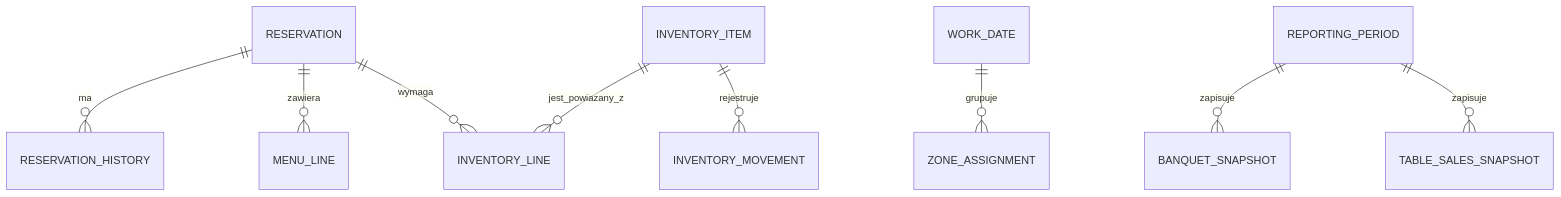
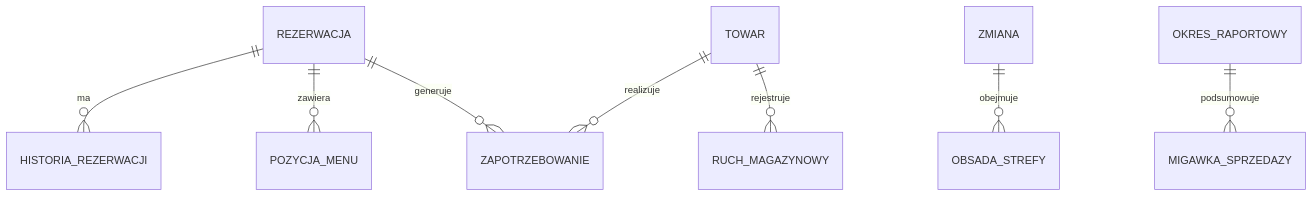
The second of 2 diagrams in docs/architecture.md (221Studios/KidsOffice), drawn with Mermaid before and after one commit. The commit also changed other lines of this file and 4 other files, not shown here.

````diff
--- a/docs/architecture.md
+++ b/docs/architecture.md
@@ -33,11 +39,10 @@
 ```mermaid
 erDiagram
-    RESERVATION ||--o{ RESERVATION_HISTORY : ma
-    RESERVATION ||--o{ MENU_LINE : zawiera
-    RESERVATION ||--o{ INVENTORY_LINE : wymaga
-    INVENTORY_ITEM ||--o{ INVENTORY_LINE : jest_powiazany_z
-    INVENTORY_ITEM ||--o{ INVENTORY_MOVEMENT : rejestruje
-    WORK_DATE ||--o{ ZONE_ASSIGNMENT : grupuje
-    REPORTING_PERIOD ||--o{ BANQUET_SNAPSHOT : zapisuje
-    REPORTING_PERIOD ||--o{ TABLE_SALES_SNAPSHOT : zapisuje
+    REZERWACJA ||--o{ HISTORIA_REZERWACJI : ma
+    REZERWACJA ||--o{ POZYCJA_MENU : zawiera
+    REZERWACJA ||--o{ ZAPOTRZEBOWANIE : generuje
+    TOWAR ||--o{ ZAPOTRZEBOWANIE : realizuje
+    TOWAR ||--o{ RUCH_MAGAZYNOWY : rejestruje
+    ZMIANA ||--o{ OBSADA_STREFY : obejmuje
+    OKRES_RAPORTOWY ||--o{ MIGAWKA_SPRZEDAZY : podsumowuje
 ```
````
